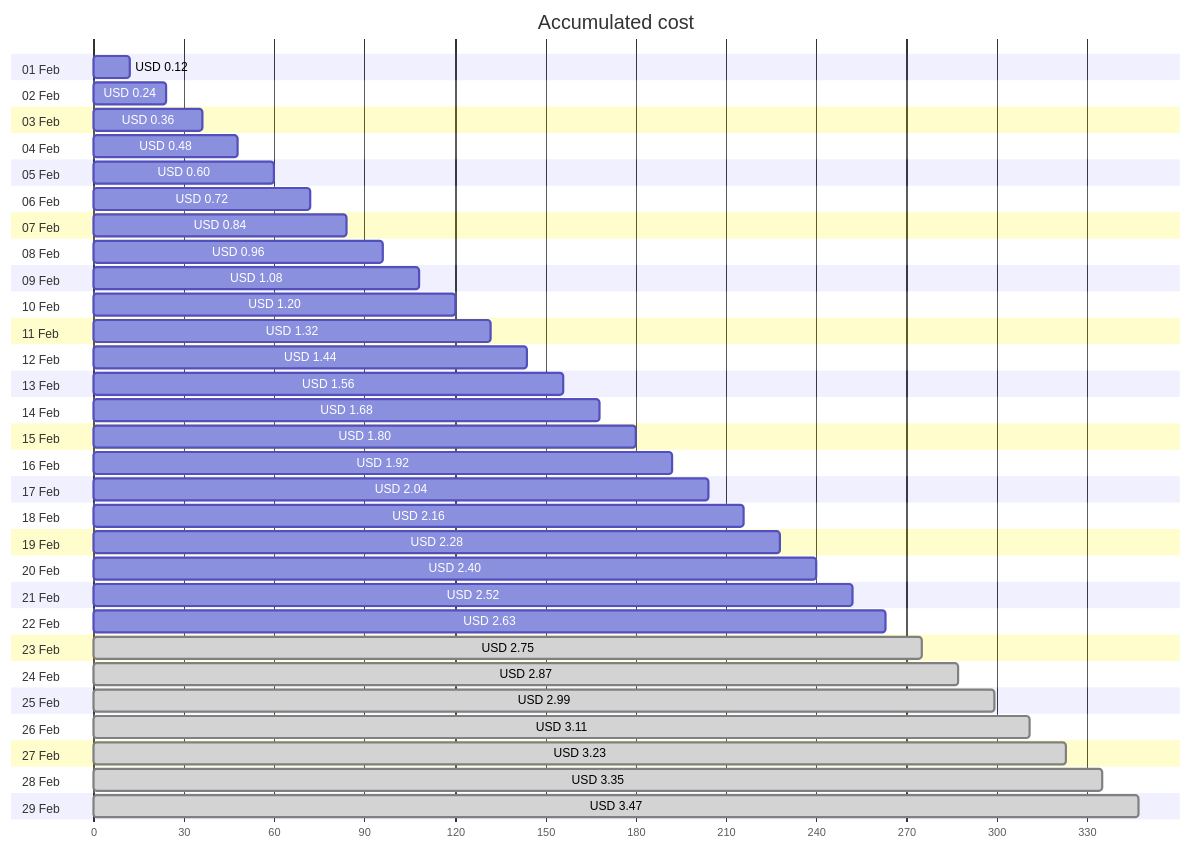
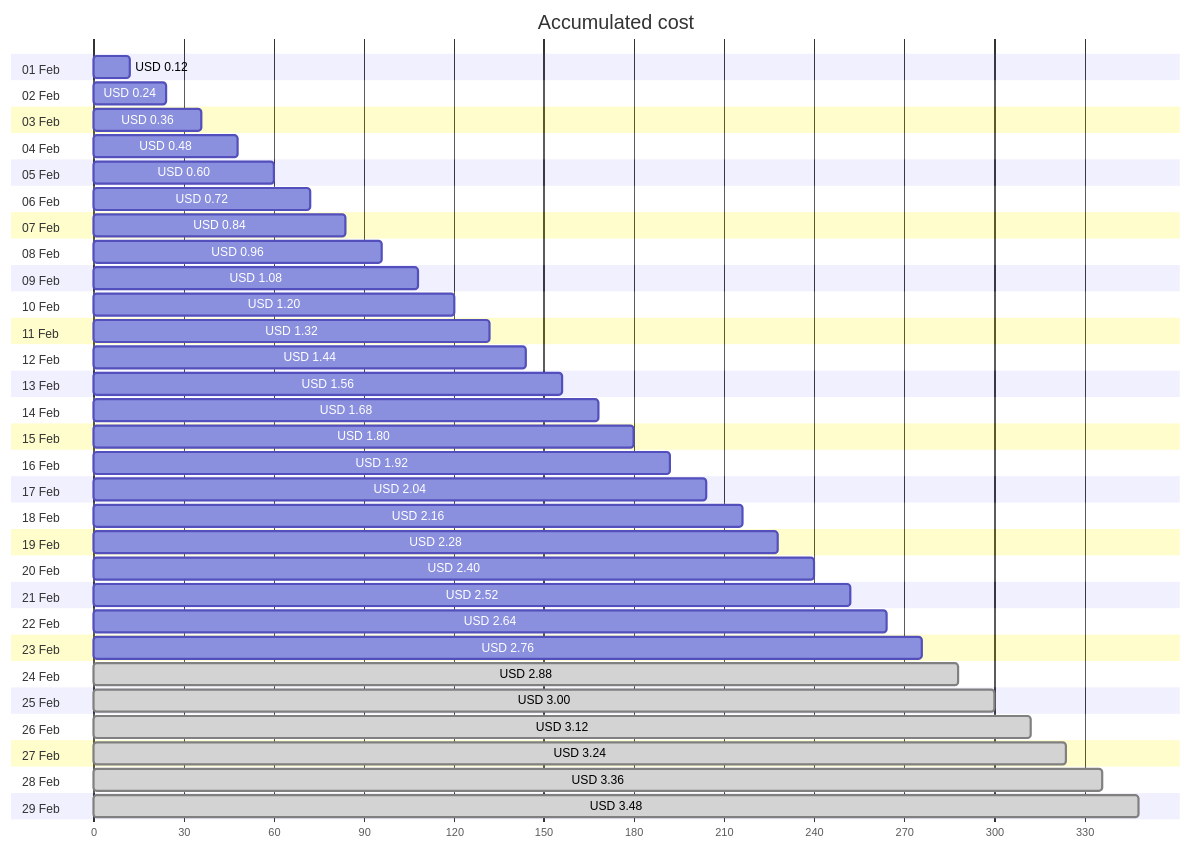
The first of 4 diagrams in cost-reports/personal-network/backup-server-public-ip.md (jpfulton/azure-personal-reports), drawn with Mermaid before and after one commit. The commit also changed other lines of this file and 8 other files, not shown here.

````diff
--- a/cost-reports/personal-network/backup-server-public-ip.md
+++ b/cost-reports/personal-network/backup-server-public-ip.md
@@ -20,64 +20,64 @@
 ```mermaid
 gantt
    title Accumulated cost
    dateFormat  X
    axisFormat %s
    section 01 Feb
    USD 0.12 :0, 12
    section 02 Feb
    USD 0.24 :0, 24
    section 03 Feb
    USD 0.36 :0, 36
    section 04 Feb
    USD 0.48 :0, 48
    section 05 Feb
    USD 0.60 :0, 60
    section 06 Feb
    USD 0.72 :0, 72
    section 07 Feb
    USD 0.84 :0, 84
    section 08 Feb
    USD 0.96 :0, 96
    section 09 Feb
    USD 1.08 :0, 108
    section 10 Feb
    USD 1.20 :0, 120
    section 11 Feb
    USD 1.32 :0, 132
    section 12 Feb
    USD 1.44 :0, 144
    section 13 Feb
    USD 1.56 :0, 156
    section 14 Feb
    USD 1.68 :0, 168
    section 15 Feb
    USD 1.80 :0, 180
    section 16 Feb
    USD 1.92 :0, 192
    section 17 Feb
    USD 2.04 :0, 204
    section 18 Feb
    USD 2.16 :0, 216
    section 19 Feb
    USD 2.28 :0, 228
    section 20 Feb
    USD 2.40 :0, 240
    section 21 Feb
    USD 2.52 :0, 252
    section 22 Feb
-   USD 2.63 :0, 263
+   USD 2.64 :0, 264
    section 23 Feb
-   USD 2.75 : done, 0, 275
+   USD 2.76 :0, 276
    section 24 Feb
-   USD 2.87 : done, 0, 287
+   USD 2.88 : done, 0, 288
    section 25 Feb
-   USD 2.99 : done, 0, 299
+   USD 3.00 : done, 0, 300
    section 26 Feb
-   USD 3.11 : done, 0, 311
+   USD 3.12 : done, 0, 312
    section 27 Feb
-   USD 3.23 : done, 0, 323
+   USD 3.24 : done, 0, 324
    section 28 Feb
-   USD 3.35 : done, 0, 335
+   USD 3.36 : done, 0, 336
    section 29 Feb
-   USD 3.47 : done, 0, 347
+   USD 3.48 : done, 0, 348
 ```
````
